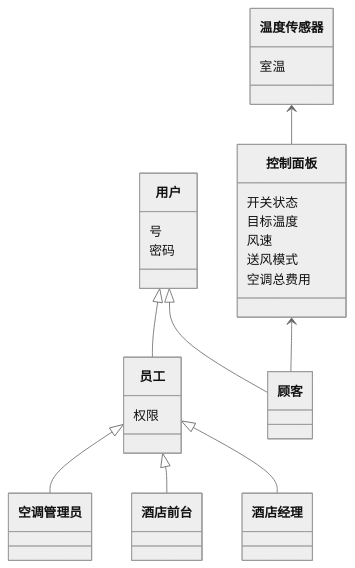
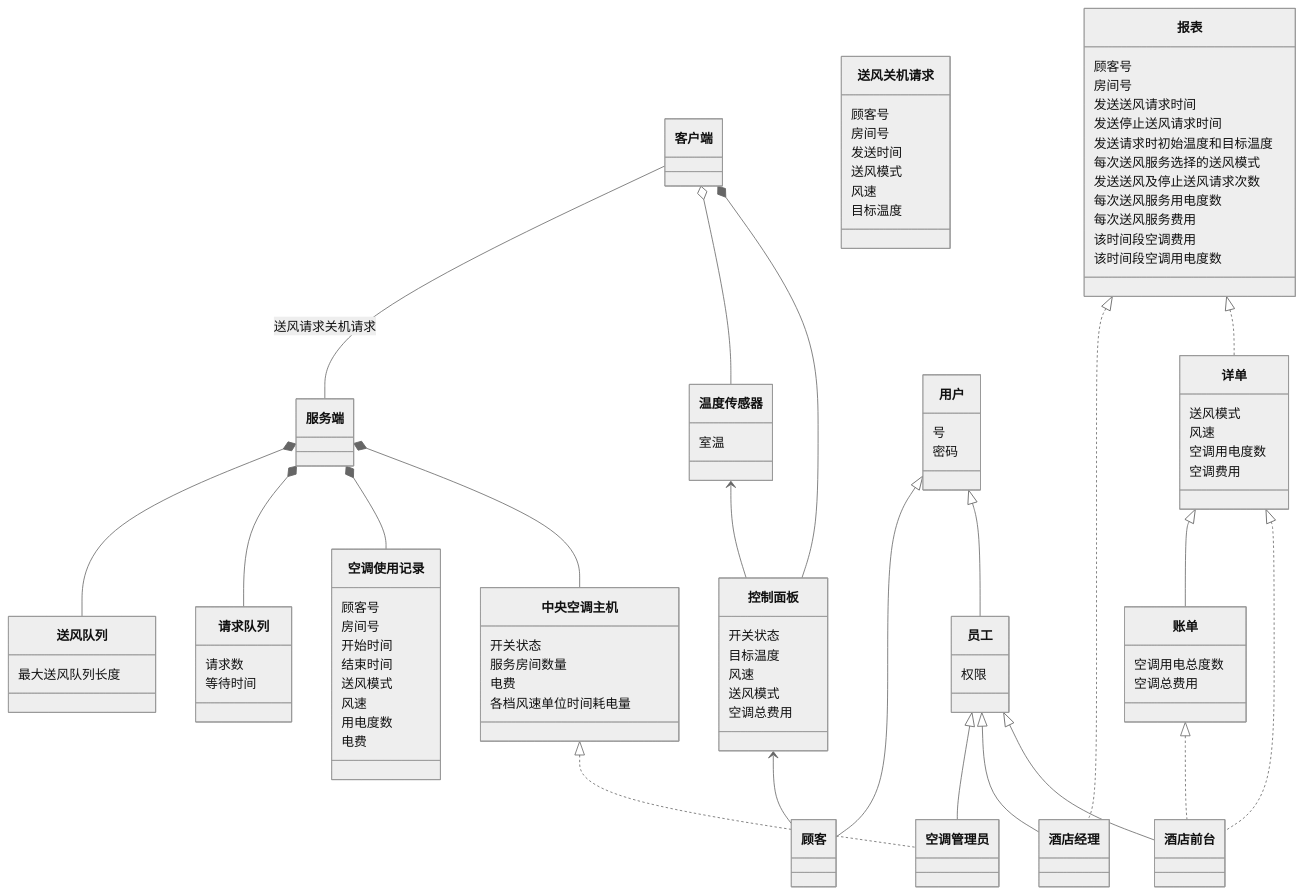
Before and after one commit to pplphh/Distributed_Air_Conditioning_System: the first of 2 diagrams in docs/分布式温控系统的解决方案-1.md, drawn with Mermaid (neutral theme). The commit also changed other lines of this file, not shown here.

````diff
--- a/docs/分布式温控系统的解决方案-1.md
+++ b/docs/分布式温控系统的解决方案-1.md
@@ -211,17 +211,6 @@
 ```mermaid
 classDiagram
-		class 用户{
-		 号
-		密码
-		}
-		class 员工{
-		 权限
-		}
-		用户<|--顾客
-		用户<|--员工
-		员工<|--空调管理员
-		员工<|--酒店前台
-		员工<|--酒店经理
+		
 		class 控制面板{
 			开关状态
 			目标温度
@@ -234,7 +223,93 @@
         }
         控制面板<--顾客
         温度传感器<--控制面板
+        class 中央空调主机{
+        	开关状态
+        	服务房间数量
+        	电费
+        	各档风速单位时间耗电量
+        }
+        class 请求队列{
+        	请求数
+        	等待时间
+        }
+        class 送风队列{
+        	最大送风队列长度
+        }
+        class 账单{
+        	空调用电总度数
+        	空调总费用
+        }
+        class 详单{
+        	送风模式
+        	风速
+        	空调用电度数
+        	空调费用
+        }
+        class 客户端{
+        
+        }
+        class 服务端{
+        
+        }
+        class 空调使用记录{
+        	顾客号
+        	房间号
+        	开始时间
+        	结束时间
+        	送风模式
+        	风速
+        	用电度数
+        	电费
+        }
+        class 送风关机请求{
+        	顾客号
+        	房间号
+        	发送时间
+        	送风模式
+        	风速
+        	目标温度
+        	
+        }
+        服务端*--送风队列
+        服务端*--请求队列
+        服务端*--空调使用记录
+        服务端*--中央空调主机
+        客户端--服务端:送风请求关机请求
+        客户端o--温度传感器
+        客户端*--控制面板
+        class 报表{
+        	顾客号
+        	房间号
+        	发送送风请求时间
+        	发送停止送风请求时间
+        	发送请求时初始温度和目标温度
+        	每次送风服务选择的送风模式
+        	发送送风及停止送风请求次数
+        	每次送风服务用电度数
+        	每次送风服务费用
+        	该时间段空调费用
+        	该时间段空调用电度数
+        }
+        报表<|..酒店经理
+        详单<|--账单
+        报表<|..详单
+        账单<|..酒店前台
+        详单<|..酒店前台
+		中央空调主机<|..空调管理员
 		
+		class 用户{
+		 号
+		密码
+		}
+		class 员工{
+		 权限
+		}
+		员工<|--空调管理员
+		用户<|--顾客
+		用户<|--员工
+		员工<|--酒店经理
+		员工<|--酒店前台
 		
 		
 ```
````
